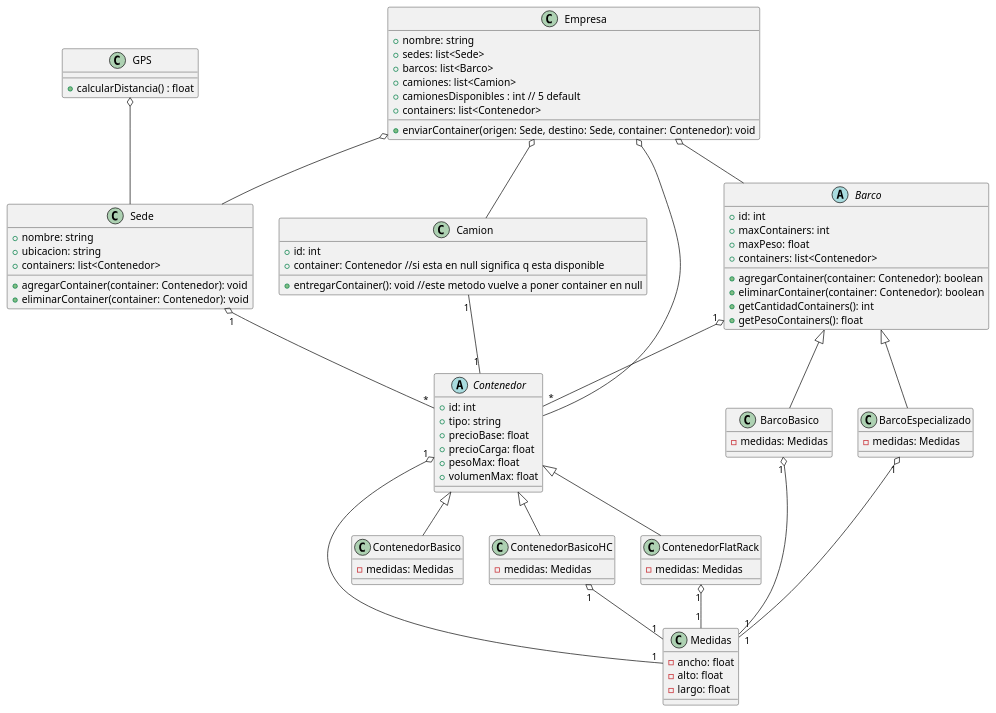
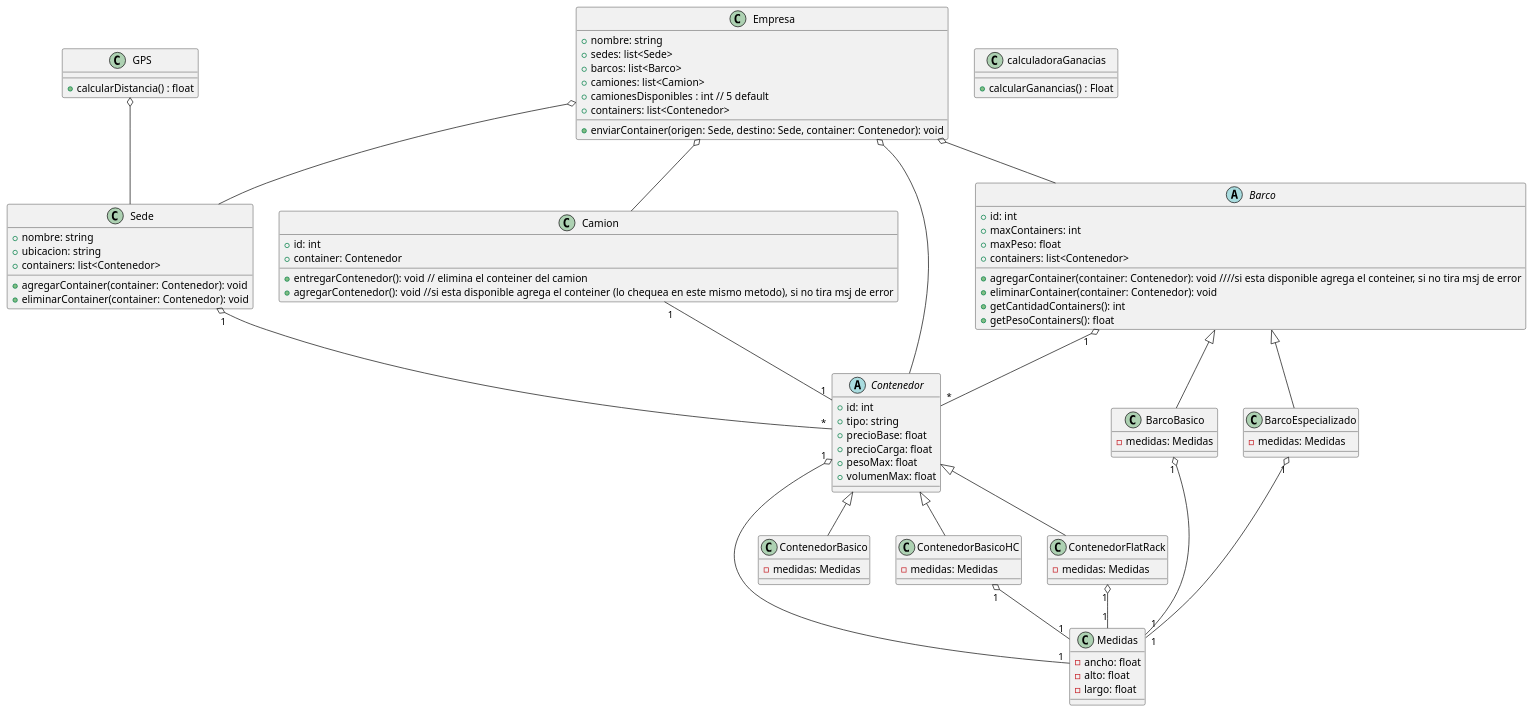
The diagram in Diagramas/diagramaDeClases.puml (OrianaPG/TrabajoPracticoContainers), drawn with PlantUML before and after one commit.

Commit message:
Update diagramaDeClases.puml
Agregue la clase del modulo contable como calculadora de ganancias.
Cambie lo de como chequear si esta disponible el camion.

```diff
--- a/Diagramas/diagramaDeClases.puml
+++ b/Diagramas/diagramaDeClases.puml
@@ -1,99 +1,105 @@
 @startuml
 class Empresa {
     +nombre: string
     +sedes: list<Sede>
     +barcos: list<Barco>
     +camiones: list<Camion>
     +camionesDisponibles : int // 5 default
     +containers: list<Contenedor>
     +enviarContainer(origen: Sede, destino: Sede, container: Contenedor): void
 }
 
 class Sede {
     +nombre: string
     +ubicacion: string
     +containers: list<Contenedor>
     +agregarContainer(container: Contenedor): void
     +eliminarContainer(container: Contenedor): void
 }
 
 abstract class Barco {
     +id: int
     +maxContainers: int
     +maxPeso: float
     +containers: list<Contenedor>
-    +agregarContainer(container: Contenedor): boolean
-    +eliminarContainer(container: Contenedor): boolean
+    +agregarContainer(container: Contenedor): void ////si esta disponible agrega el conteiner, si no tira msj de error
+    +eliminarContainer(container: Contenedor): void
     +getCantidadContainers(): int
     +getPesoContainers(): float
 }
 
 class BarcoBasico {
     -medidas: Medidas
 }
 
 class BarcoEspecializado {
     -medidas: Medidas
 }
 
 class Medidas {
     -ancho: float
     -alto: float
     -largo: float
 }
 
 class Camion {
     +id: int
-    +container: Contenedor //si esta en null significa q esta disponible
-    +entregarContainer(): void //este metodo vuelve a poner container en null
+    +container: Contenedor 
+    +entregarContenedor(): void // elimina el conteiner del camion
+    +agregarContenedor(): void //si esta disponible agrega el conteiner (lo chequea en este mismo metodo), si no tira msj de error
 }
 
 abstract class Contenedor {
     +id: int
     +tipo: string
     +precioBase: float
     +precioCarga: float
     +pesoMax: float
     +volumenMax: float
 }
 
 class ContenedorBasico {
     -medidas: Medidas
 }
 
 class ContenedorBasicoHC {
     -medidas: Medidas
 }
 
 class ContenedorFlatRack {
     -medidas: Medidas
 }
 
 class GPS {
     +calcularDistancia() : float
 }
+
+class calculadoraGanacias {
+    +calcularGanancias() : Float
+}
+
 GPS o-- Sede
 Empresa o-- Sede
 Empresa o-- Barco
 Empresa o-- Camion
 Empresa o-- Contenedor
 
 Sede "1" o-- "*" Contenedor
 
 Barco <|-- BarcoBasico
 Barco <|-- BarcoEspecializado
 
 Barco "1" o-- "*" Contenedor
 
 Camion "1" -- "1" Contenedor
 
 Contenedor <|-- ContenedorBasico
 Contenedor <|-- ContenedorBasicoHC
 Contenedor <|-- ContenedorFlatRack
 
 Contenedor "1" o-- "1" Medidas
 BarcoBasico "1" o-- "1" Medidas
 BarcoEspecializado "1" o-- "1" Medidas
 ContenedorBasicoHC "1" o-- "1" Medidas
 ContenedorFlatRack "1" o-- "1" Medidas
 @enduml
```
